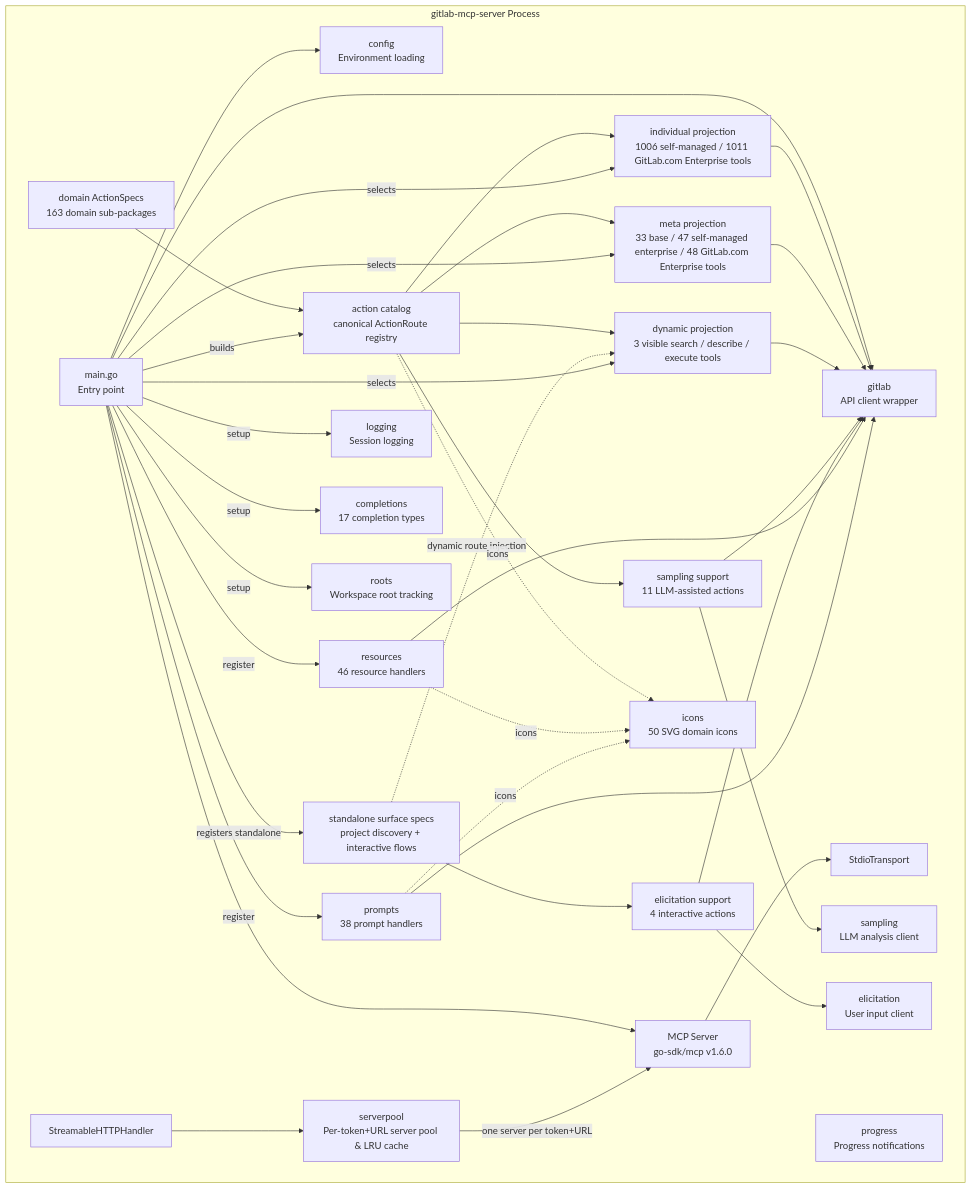
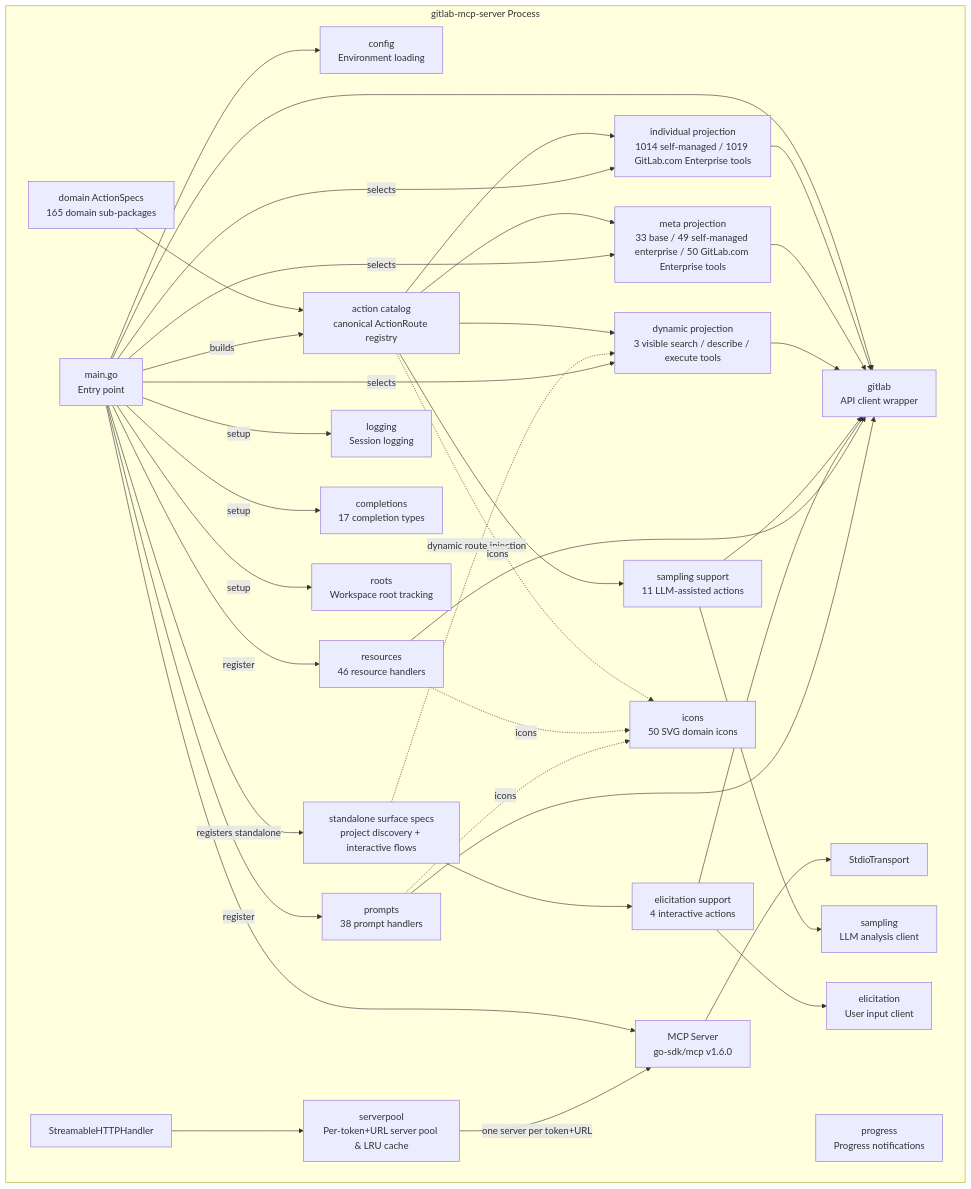
Before and after one commit to jmrplens/gitlab-mcp-server: the third of 11 diagrams in docs/architecture.md, drawn with Mermaid. The commit also changed other lines of this file and 79 other files, not shown here.

````diff
--- a/docs/architecture.md
+++ b/docs/architecture.md
@@ -64,65 +64,65 @@
 ```mermaid
 graph TD
     subgraph "gitlab-mcp-server Process"
         MAIN[main.go<br/>Entry point]
         CFG[config<br/>Environment loading]
         GL[gitlab<br/>API client wrapper]
-        SPECS[domain ActionSpecs<br/>163 domain sub-packages]
+        SPECS[domain ActionSpecs<br/>165 domain sub-packages]
         CATALOG[action catalog<br/>canonical ActionRoute registry]
         STANDALONE[standalone surface specs<br/>project discovery + interactive flows]
-        IND[individual projection<br/>1006 self-managed / 1011 GitLab.com Enterprise tools]
-        META[meta projection<br/>33 base / 47 self-managed enterprise / 48 GitLab.com Enterprise tools]
+        IND[individual projection<br/>1014 self-managed / 1019 GitLab.com Enterprise tools]
+        META[meta projection<br/>33 base / 49 self-managed enterprise / 50 GitLab.com Enterprise tools]
         DYN[dynamic projection<br/>3 visible search / describe / execute tools]
         SAMP[sampling support<br/>11 LLM-assisted actions]
         ELIC[elicitation support<br/>4 interactive actions]
         RES[resources<br/>46 resource handlers]
         PROMPTS[prompts<br/>38 prompt handlers]
         LOG[logging<br/>Session logging]
         COMP[completions<br/>17 completion types]
         ROOTS[roots<br/>Workspace root tracking]
         PROG[progress<br/>Progress notifications]
         SAMPLING[sampling<br/>LLM analysis client]
         ELICIT[elicitation<br/>User input client]
         ICN[icons<br/>50 SVG domain icons]
         SRV[MCP Server<br/>go-sdk/mcp v1.6.0]
         STDIO[StdioTransport]
         HTTP[StreamableHTTPHandler]
         POOL[serverpool<br/>Per-token+URL server pool & LRU cache]
     end
 
     MAIN --> CFG
     MAIN --> GL
     MAIN --> SRV
     SRV --> STDIO
     HTTP --> POOL
     POOL -->|one server per token+URL| SRV
     SPECS --> CATALOG
     CATALOG --> IND
     CATALOG --> META
     CATALOG --> DYN
     CATALOG --> SAMP
     STANDALONE --> ELIC
     STANDALONE -.->|dynamic route injection| DYN
     IND --> GL
     META --> GL
     DYN --> GL
     SAMP --> GL
     ELIC --> GL
     SAMP --> SAMPLING
     ELIC --> ELICIT
     RES --> GL
     PROMPTS --> GL
     MAIN -->|builds| CATALOG
     MAIN -->|selects| IND
     MAIN -->|selects| META
     MAIN -->|selects| DYN
     MAIN -->|registers standalone| STANDALONE
     MAIN -->|register| RES
     MAIN -->|register| PROMPTS
     CATALOG -.->|icons| ICN
     RES -.->|icons| ICN
     PROMPTS -.->|icons| ICN
     MAIN -->|setup| LOG
     MAIN -->|setup| COMP
     MAIN -->|setup| ROOTS
 ```
````
